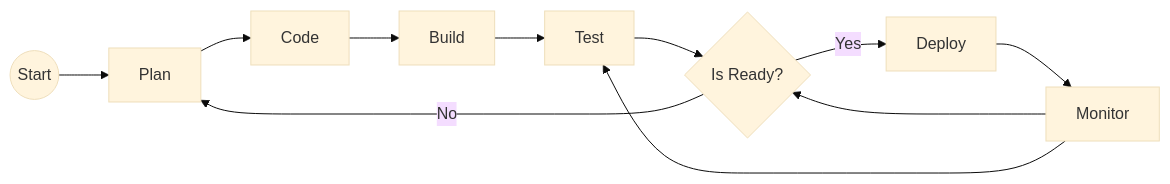
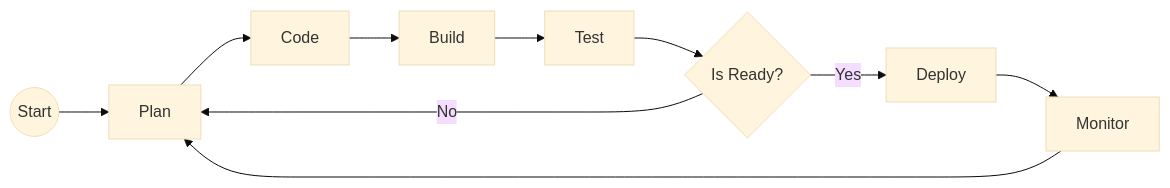
Before and after one commit to root4j/root4j: the diagram in README.md, drawn with Mermaid (base theme).

````diff
--- a/README.md
+++ b/README.md
@@ -16,13 +16,12 @@
 ```mermaid
 graph LR
 A((Start)) --> B[Plan]
 B --> C[Code]
 C --> D[Build]
 D --> E[Test]
 E --> F{Is Ready?}
 F -- No --> B
 F -- Yes --> G[Deploy]
 G --> H[Monitor]
-H --> F
-H --> E
+H --> B
 ```
````
